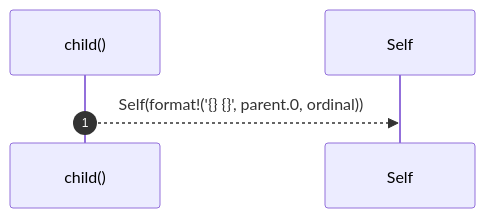
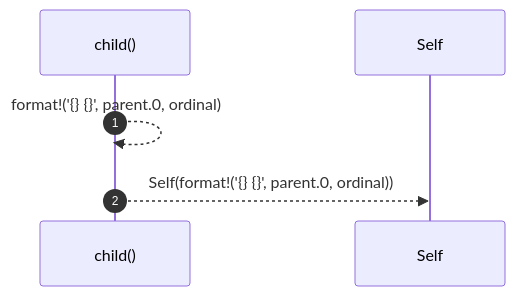
One commit to RyanGuild/self-describing-code changed the fourth of 4 diagrams in docs/self-model/robby_ir/model/impl-nodeid.md. Above: the diagram before and after it, drawn with Mermaid. The commit also changed other lines of this file and 1404 other files, not shown here.

````diff
--- a/docs/self-model/robby_ir/model/impl-nodeid.md
+++ b/docs/self-model/robby_ir/model/impl-nodeid.md
@@ -120,7 +159,8 @@
 ```mermaid
 sequenceDiagram
     autonumber
     participant child as child()
     participant Self as Self
+    child-->>child: format!('{} {}', parent.0, ordinal)
     child-->>Self: Self(format!('{} {}', parent.0, ordinal))
 ```
````
